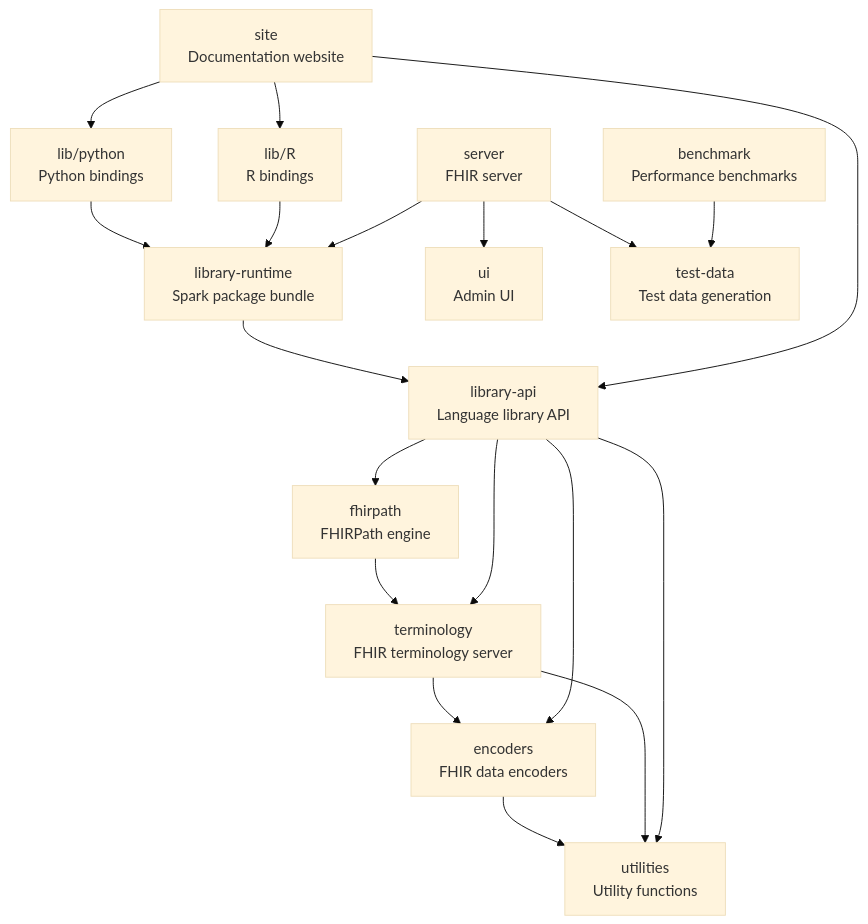
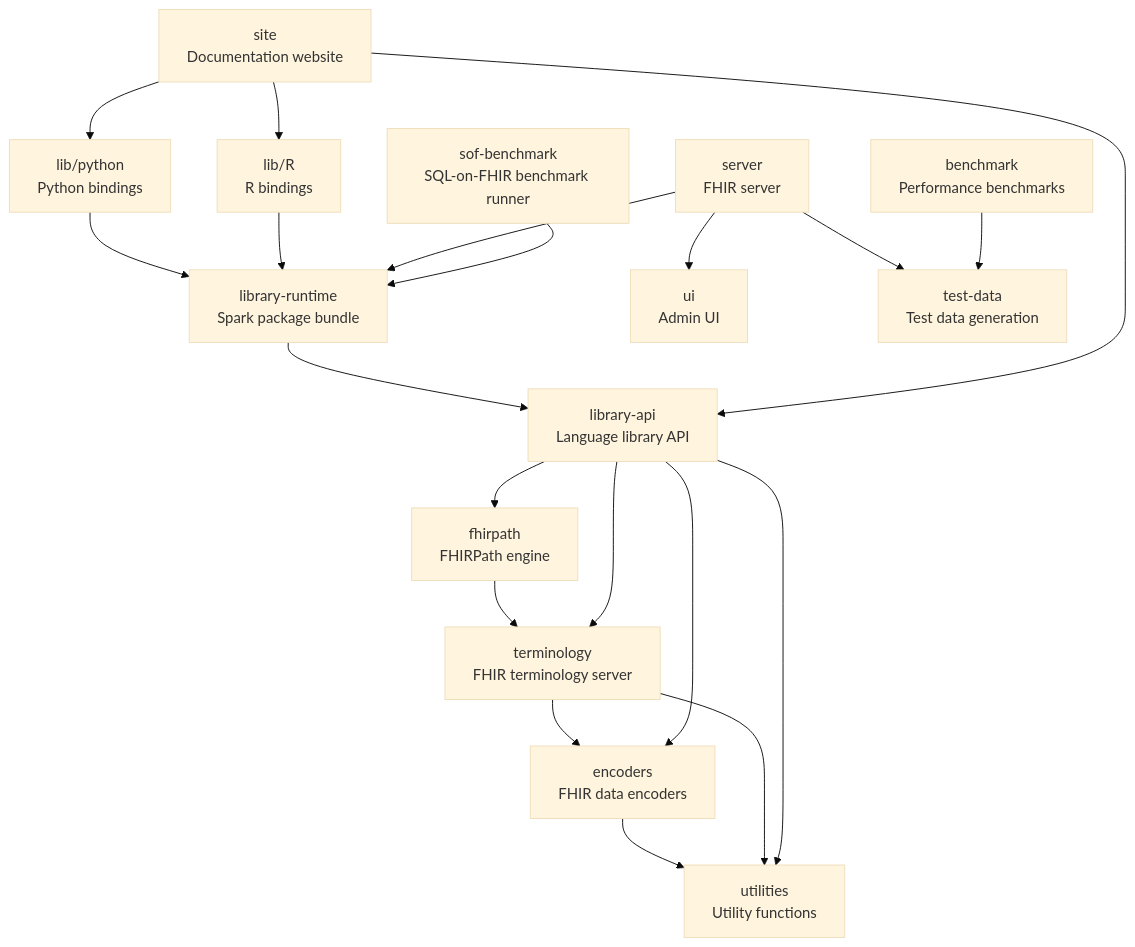
One commit to aehrc/pathling changed the diagram in CONTRIBUTING.md. Above: the diagram before and after it, drawn with Mermaid (base theme). The commit also changed other lines of this file and 21 other files, not shown here.

First line of the commit message:
feat: Add SQL-on-FHIR benchmark runner as a dedicated module

````diff
--- a/CONTRIBUTING.md
+++ b/CONTRIBUTING.md
@@ -48,35 +50,37 @@
 ```mermaid
 graph TD
     utilities[utilities<br/>Utility functions]
     encoders[encoders<br/>FHIR data encoders]
     terminology[terminology<br/>FHIR terminology server]
     fhirpath[fhirpath<br/>FHIRPath engine]
     library-api[library-api<br/>Language library API]
     library-runtime[library-runtime<br/>Spark package bundle]
     python[lib/python<br/>Python bindings]
     r[lib/R<br/>R bindings]
     site[site<br/>Documentation website]
     benchmark[benchmark<br/>Performance benchmarks]
+    sof-benchmark[sof-benchmark<br/>SQL-on-FHIR benchmark runner]
     server[server<br/>FHIR server]
     ui[ui<br/>Admin UI]
     test-data[test-data<br/>Test data generation]
 
     encoders --> utilities
     terminology --> utilities
     terminology --> encoders
     fhirpath --> terminology
     library-api --> utilities
     library-api --> encoders
     library-api --> terminology
     library-api --> fhirpath
     library-runtime --> library-api
     python --> library-runtime
     r --> library-runtime
     server --> library-runtime
     server --> test-data
     server --> ui
     site --> library-api
     site --> python
     site --> r
     benchmark --> test-data
+    sof-benchmark --> library-runtime
 ```
````
